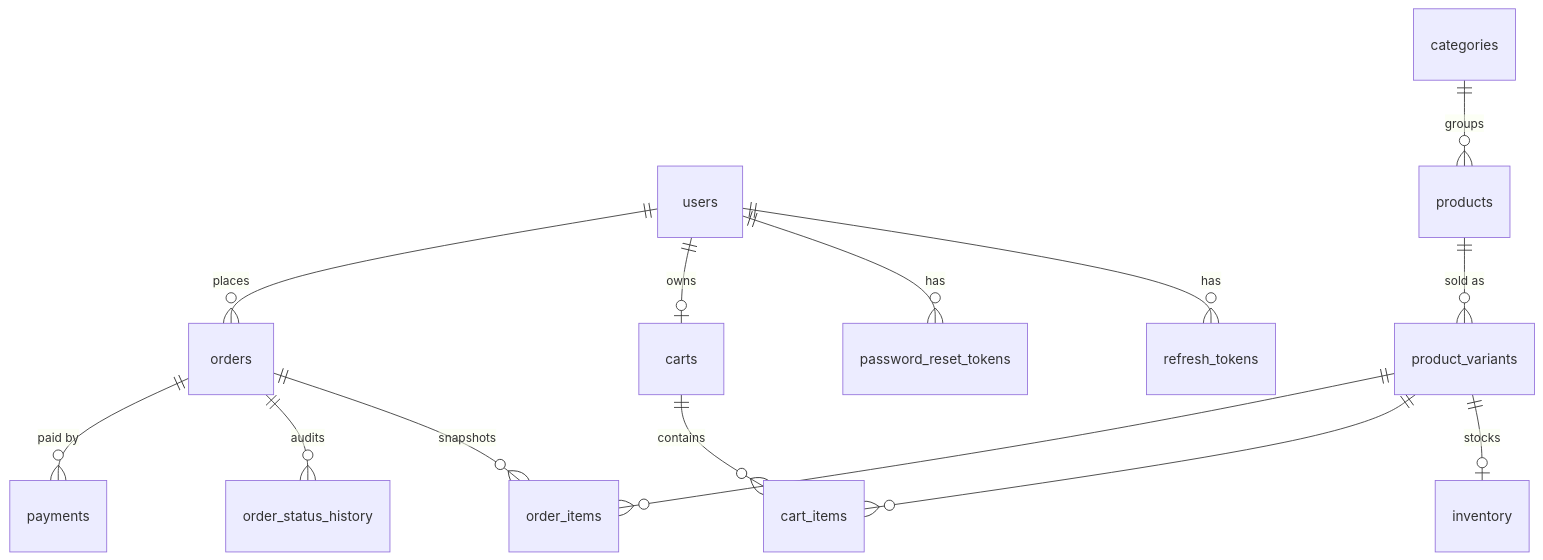
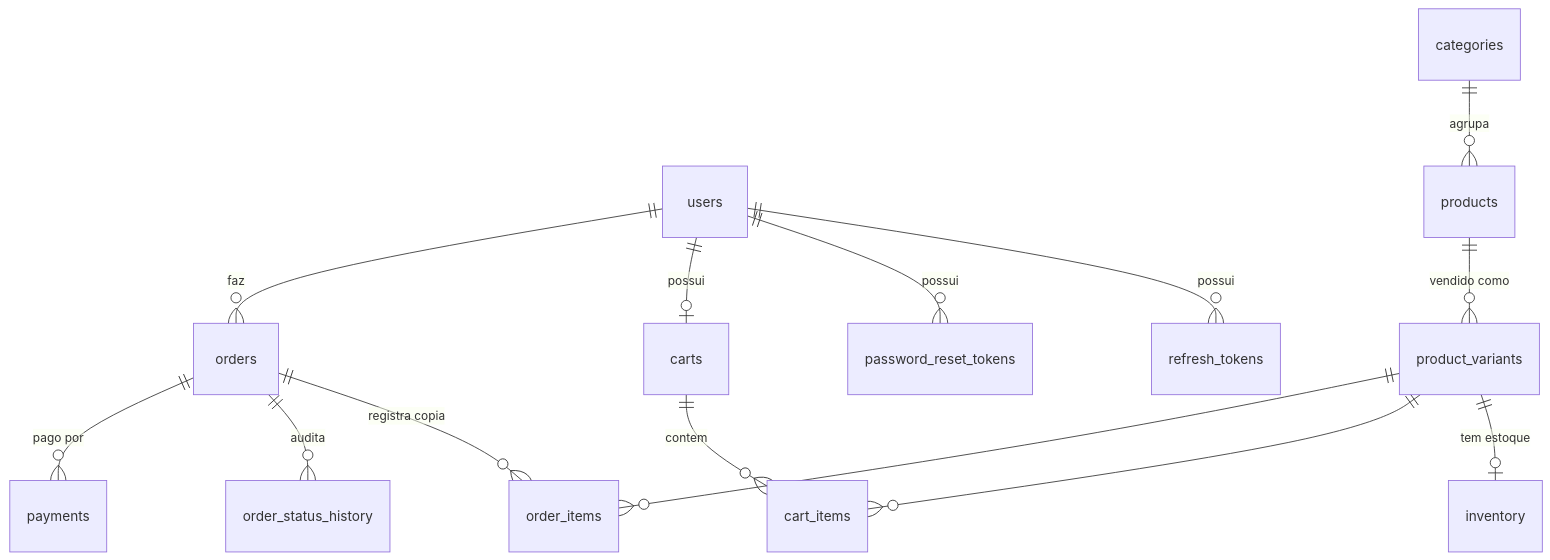
One commit to FernandaSpineli/techstore changed the diagram in README.md. Above: the diagram before and after it, drawn with Mermaid. The commit also changed other lines of this file, not shown here.

````diff
--- a/README.md
+++ b/README.md
@@ -153,16 +158,16 @@
 ```mermaid
 erDiagram
-    users ||--o{ refresh_tokens : has
-    users ||--o{ password_reset_tokens : has
-    users ||--o| carts : owns
-    carts ||--o{ cart_items : contains
-    categories ||--o{ products : groups
-    products ||--o{ product_variants : "sold as"
-    product_variants ||--o| inventory : stocks
+    users ||--o{ refresh_tokens : possui
+    users ||--o{ password_reset_tokens : possui
+    users ||--o| carts : possui
+    carts ||--o{ cart_items : contem
+    categories ||--o{ products : agrupa
+    products ||--o{ product_variants : "vendido como"
+    product_variants ||--o| inventory : "tem estoque"
     product_variants ||--o{ cart_items : ""
-    users ||--o{ orders : places
-    orders ||--o{ order_items : "snapshots"
-    orders ||--o{ order_status_history : audits
-    orders ||--o{ payments : "paid by"
+    users ||--o{ orders : faz
+    orders ||--o{ order_items : "registra copia"
+    orders ||--o{ order_status_history : audita
+    orders ||--o{ payments : "pago por"
     product_variants ||--o{ order_items : ""
 ```
````
